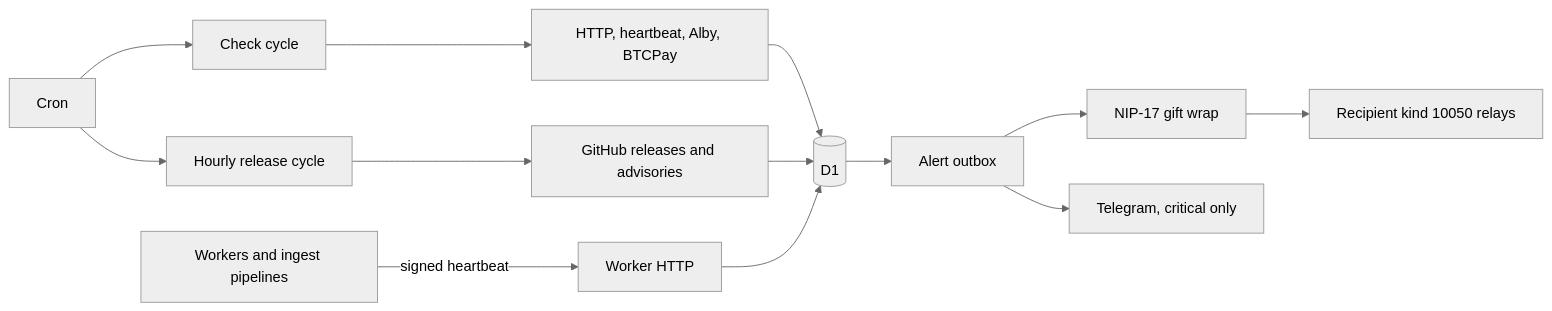
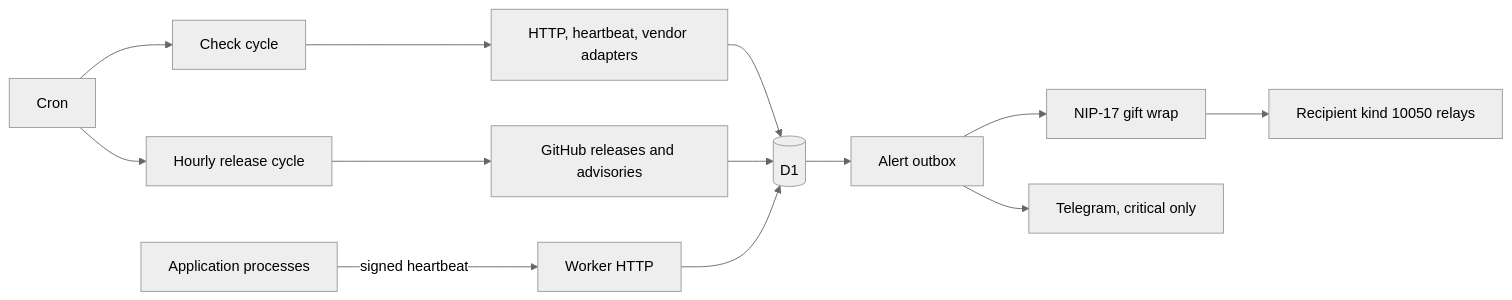
One commit to nostrmash/nostr-watchdog changed the diagram in docs/architecture.md. Above: the diagram before and after it, drawn with Mermaid (neutral theme). The commit also changed other lines of this file and 30 other files, not shown here.

````diff
--- a/docs/architecture.md
+++ b/docs/architecture.md
@@ -5,15 +5,15 @@
 ```mermaid
 flowchart LR
   cron[Cron] --> checks[Check cycle]
   cron --> updates[Hourly release cycle]
-  checks --> probes[HTTP, heartbeat, Alby, BTCPay]
+  checks --> probes[HTTP, heartbeat, vendor adapters]
   probes --> d1[(D1)]
   updates --> github[GitHub releases and advisories]
   github --> d1
   d1 --> outbox[Alert outbox]
   outbox --> nip17[NIP-17 gift wrap]
   outbox --> telegram[Telegram, critical only]
   nip17 --> inbox[Recipient kind 10050 relays]
-  apps[Workers and ingest pipelines] -->|signed heartbeat| worker[Worker HTTP]
+  apps[Application processes] -->|signed heartbeat| worker[Worker HTTP]
   worker --> d1
 ```
````
